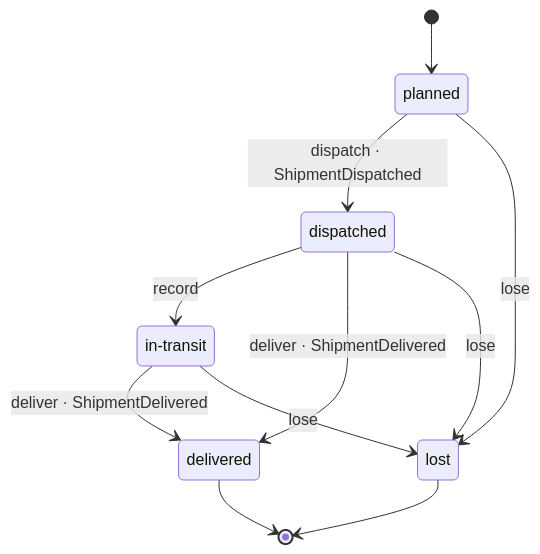
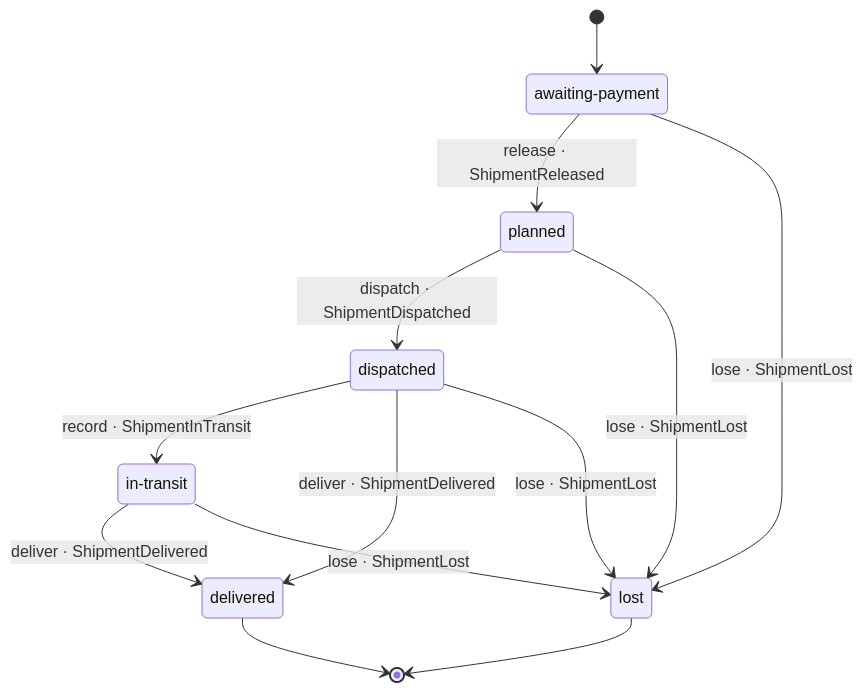
The second of 2 diagrams in docs/delivery/core/aggregates/shipment.md (shortlink-org/portolan), drawn with Mermaid before and after one commit. The commit also changed other lines of this file and 171 other files, not shown here.

````diff
--- a/docs/delivery/core/aggregates/shipment.md
+++ b/docs/delivery/core/aggregates/shipment.md
@@ -94,14 +132,17 @@
 ```mermaid
 stateDiagram-v2
+    state "awaiting-payment" as awaiting_payment
     state "in-transit" as in_transit
-    [*] --> planned
+    [*] --> awaiting_payment
+    awaiting_payment --> planned: release · ShipmentReleased
+    awaiting_payment --> lost: lose · ShipmentLost
     planned --> dispatched: dispatch · ShipmentDispatched
-    planned --> lost: lose
-    dispatched --> in_transit: record
+    planned --> lost: lose · ShipmentLost
+    dispatched --> in_transit: record · ShipmentInTransit
     dispatched --> delivered: deliver · ShipmentDelivered
-    dispatched --> lost: lose
+    dispatched --> lost: lose · ShipmentLost
     in_transit --> delivered: deliver · ShipmentDelivered
-    in_transit --> lost: lose
+    in_transit --> lost: lose · ShipmentLost
     delivered --> [*]
     lost --> [*]
 ```
````
